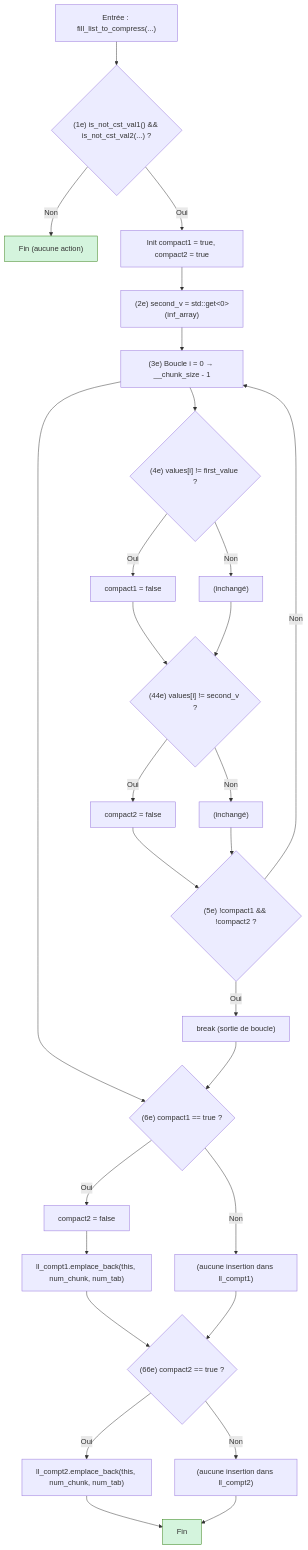
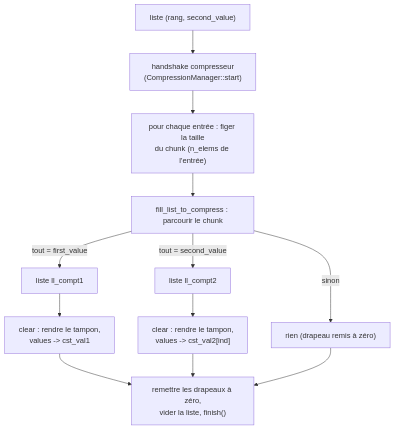
Before and after one commit to cea-hpc/shrink-array: the second of 2 diagrams in docs/algo_chunk2_fr.md, drawn with Mermaid. The commit also changed other lines of this file, not shown here.

````diff
--- a/docs/algo_chunk2_fr.md
+++ b/docs/algo_chunk2_fr.md
@@ -669,40 +363,14 @@
 ```mermaid
 flowchart TD
-    classDef sortie fill:#d4f4dd,stroke:#2b7a0b,stroke-width:1px;
-
-    A["Entrée : fill_list_to_compress(...)"] --> B{"(1e) is_not_cst_val1() && is_not_cst_val2(...) ?"}
-    B -->|Non| Z["Fin (aucune action)"]:::sortie
-    B -->|Oui| C["Init compact1 = true, compact2 = true"]
-
-    C --> D["(2e) second_v = std::get<0>(inf_array)"]
-
-    D --> E["(3e) Boucle i = 0 → __chunk_size - 1"]
-    E --> F{"(4e) values[i] != first_value ?"}
-    F -->|Oui| G["compact1 = false"]
-    F -->|Non| H["(inchangé)"]
-
-    G --> I{"(44e) values[i] != second_v ?"}
-    H --> I
-    I -->|Oui| J["compact2 = false"]
-    I -->|Non| K["(inchangé)"]
-
-    J --> L{"(5e) !compact1 && !compact2 ?"}
-    K --> L
-    L -->|Oui| M["break (sortie de boucle)"]
-    L -->|Non| E
-
-    %% Après boucle
-    E --> N{"(6e) compact1 == true ?"}
-    M --> N
-    N -->|Oui| O["compact2 = false"]
-    O --> P["ll_compt1.emplace_back(this, num_chunk, num_tab)"]
-    N -->|Non| Q["(aucune insertion dans ll_compt1)"]
-
-    P --> R{"(66e) compact2 == true ?"}
-    Q --> R
-    R -->|Oui| S["ll_compt2.emplace_back(this, num_chunk, num_tab)"]
-    R -->|Non| T["(aucune insertion dans ll_compt2)"]
-
-    S --> U["Fin"]:::sortie
-    T --> U
+    A["liste (rang, second_value)"] --> B["handshake compresseur<br/>(CompressionManager::start)"]
+    B --> C["pour chaque entrée : figer la taille<br/>du chunk (n_elems de l'entrée)"]
+    C --> D["fill_list_to_compress : parcourir le chunk"]
+    D -->|"tout = first_value"| E["liste ll_compt1"]
+    D -->|"tout = second_value"| F["liste ll_compt2"]
+    D -->|"sinon"| G["rien (drapeau remis à zéro)"]
+    E --> H["clear : rendre le tampon,<br/>values -> cst_val1"]
+    F --> I["clear : rendre le tampon,<br/>values -> cst_val2[ind]"]
+    H --> J["remettre les drapeaux à zéro,<br/>vider la liste, finish()"]
+    I --> J
+    G --> J
 ```
````
